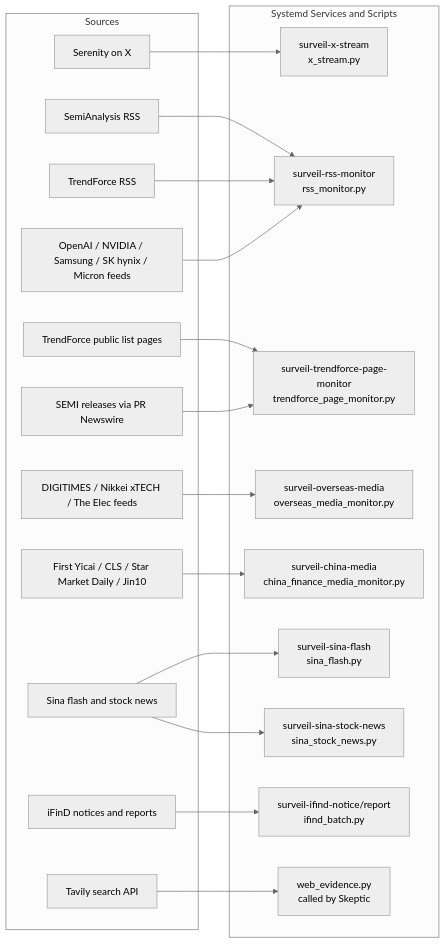
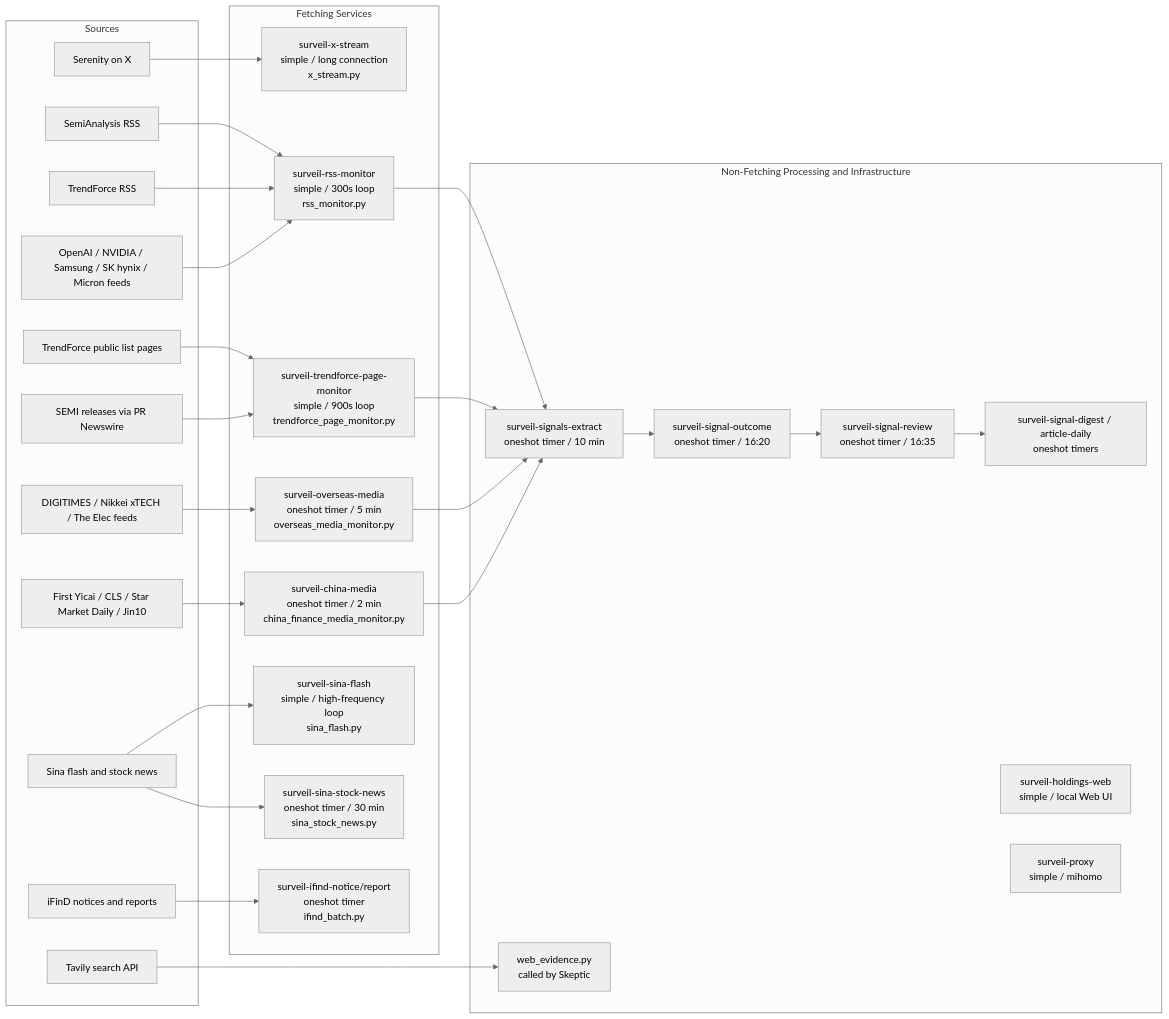
Before and after one commit to Stayfoool/MarketPulseWire: the second of 5 diagrams in docs/architecture-flow.md, drawn with Mermaid (neutral theme). The commit also changed other lines of this file and 2 other files, not shown here.

Commit message:
Group service health by runtime role

````diff
--- a/docs/architecture-flow.md
+++ b/docs/architecture-flow.md
@@ -112,41 +112,55 @@
 ```mermaid
 flowchart LR
     subgraph Sources["Sources"]
         Serenity["Serenity on X"]
         SemiAnalysis["SemiAnalysis RSS"]
         TrendRSS["TrendForce RSS"]
         TrendPages["TrendForce public list pages"]
         SemiPR["SEMI releases via PR Newswire"]
         CompanyFeeds["OpenAI / NVIDIA / Samsung / SK hynix / Micron feeds"]
         OverseasFeeds["DIGITIMES / Nikkei xTECH / The Elec feeds"]
         Domestic["First Yicai / CLS / Star Market Daily / Jin10"]
         Sina["Sina flash and stock news"]
         IfindSource["iFinD notices and reports"]
         EvidenceAPI["Tavily search API"]
     end
 
-    subgraph Services["Systemd Services and Scripts"]
-        XSvc["surveil-x-stream<br/>x_stream.py"]
-        RSSSvc["surveil-rss-monitor<br/>rss_monitor.py"]
-        TrendSvc["surveil-trendforce-page-monitor<br/>trendforce_page_monitor.py"]
-        OverseasSvc["surveil-overseas-media<br/>overseas_media_monitor.py"]
-        ChinaSvc["surveil-china-media<br/>china_finance_media_monitor.py"]
-        SinaFlashSvc["surveil-sina-flash<br/>sina_flash.py"]
-        SinaStockSvc["surveil-sina-stock-news<br/>sina_stock_news.py"]
-        IfindSvc["surveil-ifind-notice/report<br/>ifind_batch.py"]
+    subgraph FetchingServices["Fetching Services"]
+        XSvc["surveil-x-stream<br/>simple / long connection<br/>x_stream.py"]
+        RSSSvc["surveil-rss-monitor<br/>simple / 300s loop<br/>rss_monitor.py"]
+        TrendSvc["surveil-trendforce-page-monitor<br/>simple / 900s loop<br/>trendforce_page_monitor.py"]
+        OverseasSvc["surveil-overseas-media<br/>oneshot timer / 5 min<br/>overseas_media_monitor.py"]
+        ChinaSvc["surveil-china-media<br/>oneshot timer / 2 min<br/>china_finance_media_monitor.py"]
+        SinaFlashSvc["surveil-sina-flash<br/>simple / high-frequency loop<br/>sina_flash.py"]
+        SinaStockSvc["surveil-sina-stock-news<br/>oneshot timer / 30 min<br/>sina_stock_news.py"]
+        IfindSvc["surveil-ifind-notice/report<br/>oneshot timer<br/>ifind_batch.py"]
+    end
+
+    subgraph ProcessingServices["Non-Fetching Processing and Infrastructure"]
+        SignalExtractSvc["surveil-signals-extract<br/>oneshot timer / 10 min"]
+        OutcomeSvc["surveil-signal-outcome<br/>oneshot timer / 16:20"]
+        ReviewSvc["surveil-signal-review<br/>oneshot timer / 16:35"]
+        DigestSvc["surveil-signal-digest / article-daily<br/>oneshot timers"]
+        WebSvc["surveil-holdings-web<br/>simple / local Web UI"]
+        ProxySvc["surveil-proxy<br/>simple / mihomo"]
         EvidenceMod["web_evidence.py<br/>called by Skeptic"]
     end
 
     Serenity --> XSvc
     SemiAnalysis --> RSSSvc
     TrendRSS --> RSSSvc
     CompanyFeeds --> RSSSvc
     TrendPages --> TrendSvc
     SemiPR --> TrendSvc
     OverseasFeeds --> OverseasSvc
     Domestic --> ChinaSvc
     Sina --> SinaFlashSvc
     Sina --> SinaStockSvc
     IfindSource --> IfindSvc
     EvidenceAPI --> EvidenceMod
+    RSSSvc --> SignalExtractSvc
+    TrendSvc --> SignalExtractSvc
+    OverseasSvc --> SignalExtractSvc
+    ChinaSvc --> SignalExtractSvc
+    SignalExtractSvc --> OutcomeSvc --> ReviewSvc --> DigestSvc
 ```
````
